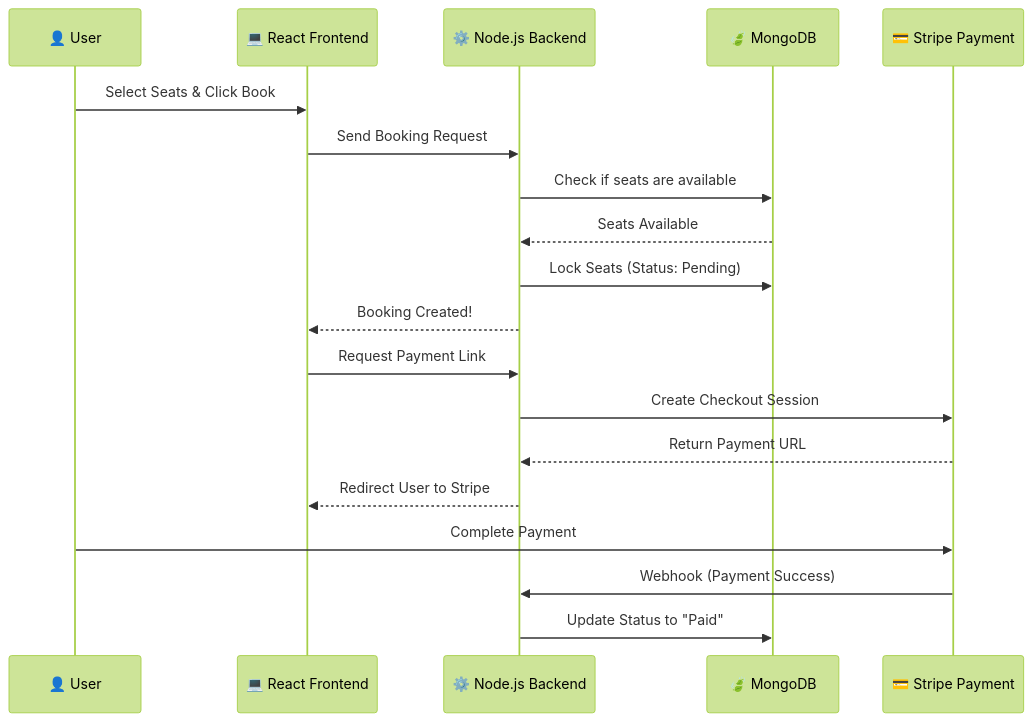
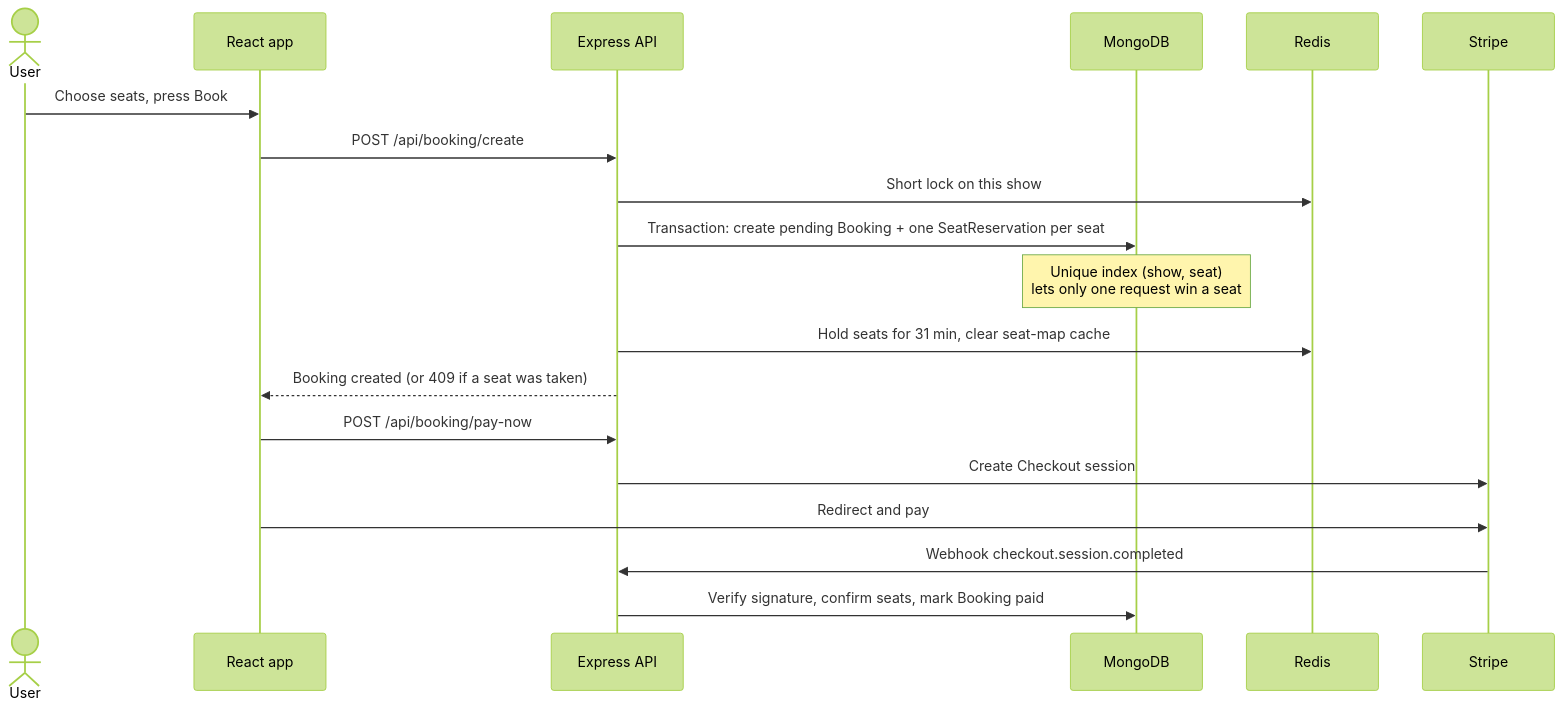
One commit to HoangDuc1003/Cinema-booking changed the second of 2 diagrams in README.md. Above: the diagram before and after it, drawn with Mermaid (forest theme). The commit also changed other lines of this file and 54 other files, not shown here.

````diff
--- a/README.md
+++ b/README.md
@@ -96,22 +101,22 @@
 ```mermaid
 sequenceDiagram
-    participant User as 👤 User
-    participant Frontend as 💻 React Frontend
-    participant Backend as ⚙️ Node.js Backend
-    participant DB as 🍃 MongoDB
-    participant Stripe as 💳 Stripe Payment
+    actor User
+    participant Client as React app
+    participant API as Express API
+    participant DB as MongoDB
+    participant Redis
+    participant Stripe
 
-    User->>Frontend: Select Seats & Click Book
-    Frontend->>Backend: Send Booking Request
-    Backend->>DB: Check if seats are available
-    DB-->>Backend: Seats Available
-    Backend->>DB: Lock Seats (Status: Pending)
-    Backend-->>Frontend: Booking Created!
-    Frontend->>Backend: Request Payment Link
-    Backend->>Stripe: Create Checkout Session
-    Stripe-->>Backend: Return Payment URL
-    Backend-->>Frontend: Redirect User to Stripe
-    User->>Stripe: Complete Payment
-    Stripe->>Backend: Webhook (Payment Success)
-    Backend->>DB: Update Status to "Paid"
+    User->>Client: Choose seats, press Book
+    Client->>API: POST /api/booking/create
+    API->>Redis: Short lock on this show
+    API->>DB: Transaction: create pending Booking + one SeatReservation per seat
+    Note over DB: Unique index (show, seat)<br/>lets only one request win a seat
+    API->>Redis: Hold seats for 31 min, clear seat-map cache
+    API-->>Client: Booking created (or 409 if a seat was taken)
+    Client->>API: POST /api/booking/pay-now
+    API->>Stripe: Create Checkout session
+    Client->>Stripe: Redirect and pay
+    Stripe->>API: Webhook checkout.session.completed
+    API->>DB: Verify signature, confirm seats, mark Booking paid
 ```
````
